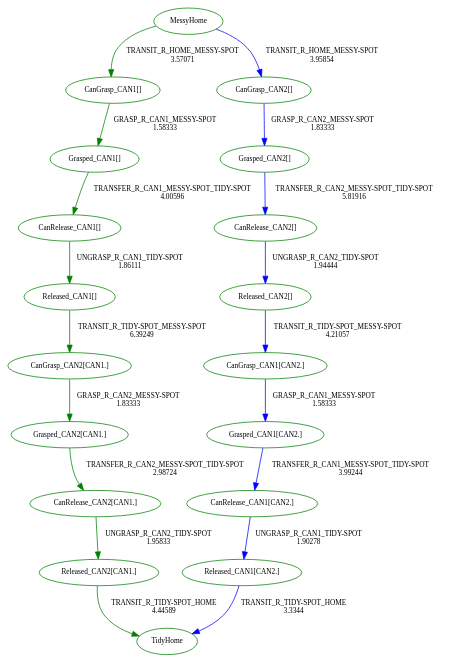
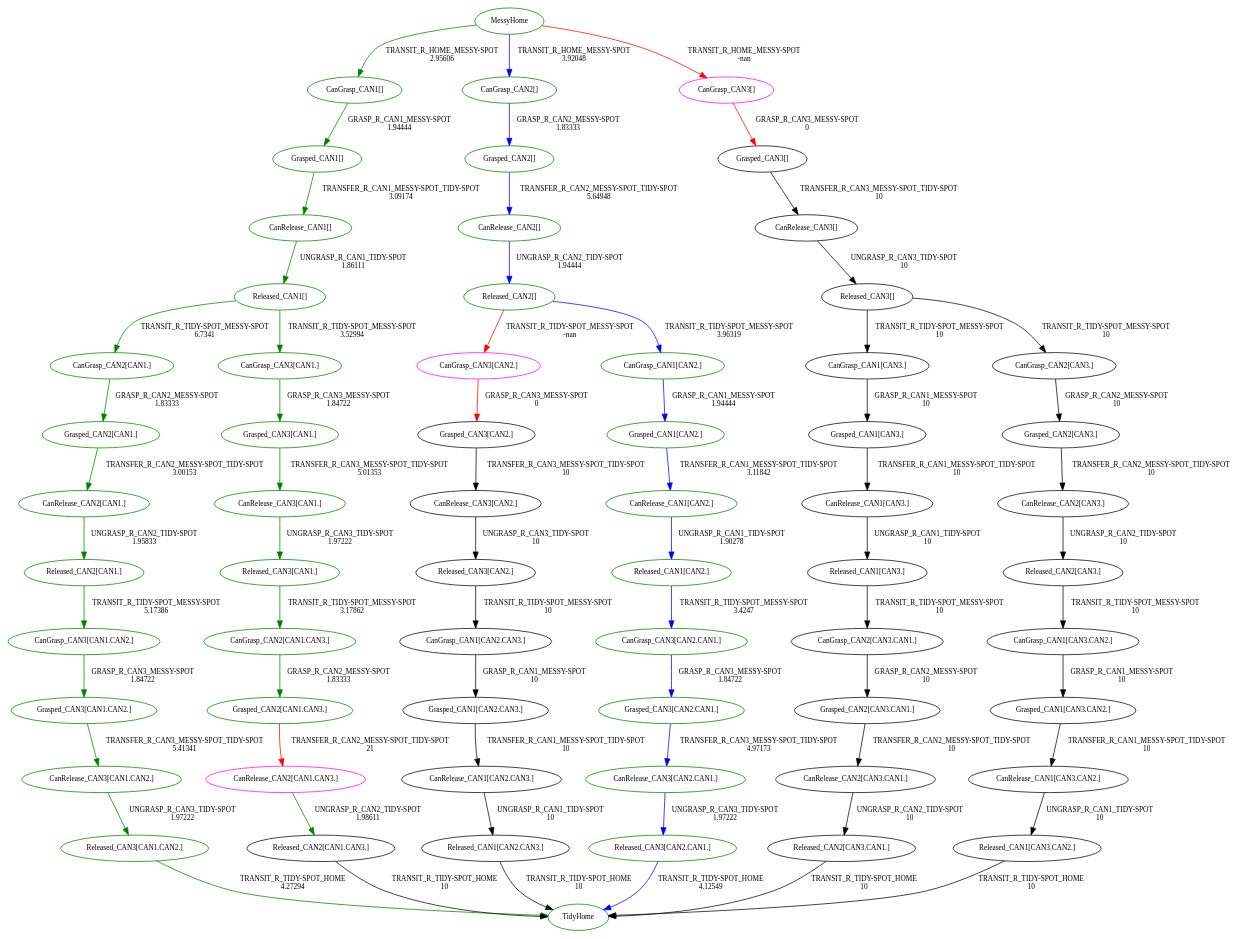
Before and after one commit to tttor/hiroken-ros-pkg: the diagram in planner_manager/tmg/tmg.dot, drawn with Graphviz. The commit also changed 9 other files, not shown here.

```diff
--- a/planner_manager/tmg/tmg.dot
+++ b/planner_manager/tmg/tmg.dot
@@ -1,38 +1,130 @@
 digraph G {
 0[label="MessyHome",fontsize="10",color="green"];
 1[label="TidyHome",fontsize="10",color="green"];
 2[label="CanGrasp_CAN1[]",fontsize="10",color="green"];
 3[label="Grasped_CAN1[]",fontsize="10",color="green"];
 4[label="CanRelease_CAN1[]",fontsize="10",color="green"];
 5[label="Released_CAN1[]",fontsize="10",color="green"];
 6[label="CanGrasp_CAN2[CAN1.]",fontsize="10",color="green"];
 7[label="Grasped_CAN2[CAN1.]",fontsize="10",color="green"];
 8[label="CanRelease_CAN2[CAN1.]",fontsize="10",color="green"];
 9[label="Released_CAN2[CAN1.]",fontsize="10",color="green"];
-10[label="CanGrasp_CAN2[]",fontsize="10",color="green"];
-11[label="Grasped_CAN2[]",fontsize="10",color="green"];
-12[label="CanRelease_CAN2[]",fontsize="10",color="green"];
-13[label="Released_CAN2[]",fontsize="10",color="green"];
-14[label="CanGrasp_CAN1[CAN2.]",fontsize="10",color="green"];
-15[label="Grasped_CAN1[CAN2.]",fontsize="10",color="green"];
-16[label="CanRelease_CAN1[CAN2.]",fontsize="10",color="green"];
-17[label="Released_CAN1[CAN2.]",fontsize="10",color="green"];
-0->2 [label="TRANSIT_R_HOME_MESSY-SPOT\n3.57071",fontsize="10",color="green"];
-2->3 [label="GRASP_R_CAN1_MESSY-SPOT\n1.58333",fontsize="10",color="green"];
-3->4 [label="TRANSFER_R_CAN1_MESSY-SPOT_TIDY-SPOT\n4.00596",fontsize="10",color="green"];
+10[label="CanGrasp_CAN3[CAN1.CAN2.]",fontsize="10",color="green"];
+11[label="Grasped_CAN3[CAN1.CAN2.]",fontsize="10",color="green"];
+12[label="CanRelease_CAN3[CAN1.CAN2.]",fontsize="10",color="green"];
+13[label="Released_CAN3[CAN1.CAN2.]",fontsize="10",color="green"];
+14[label="CanGrasp_CAN3[CAN1.]",fontsize="10",color="green"];
+15[label="Grasped_CAN3[CAN1.]",fontsize="10",color="green"];
+16[label="CanRelease_CAN3[CAN1.]",fontsize="10",color="green"];
+17[label="Released_CAN3[CAN1.]",fontsize="10",color="green"];
+18[label="CanGrasp_CAN2[CAN1.CAN3.]",fontsize="10",color="green"];
+19[label="Grasped_CAN2[CAN1.CAN3.]",fontsize="10",color="green"];
+20[label="CanRelease_CAN2[CAN1.CAN3.]",fontsize="10",color="magenta"];
+21[label="Released_CAN2[CAN1.CAN3.]",fontsize="10"];
+22[label="CanGrasp_CAN2[]",fontsize="10",color="green"];
+23[label="Grasped_CAN2[]",fontsize="10",color="green"];
+24[label="CanRelease_CAN2[]",fontsize="10",color="green"];
+25[label="Released_CAN2[]",fontsize="10",color="green"];
+26[label="CanGrasp_CAN3[CAN2.]",fontsize="10",color="magenta"];
+27[label="Grasped_CAN3[CAN2.]",fontsize="10"];
+28[label="CanRelease_CAN3[CAN2.]",fontsize="10"];
+29[label="Released_CAN3[CAN2.]",fontsize="10"];
+30[label="CanGrasp_CAN1[CAN2.CAN3.]",fontsize="10"];
+31[label="Grasped_CAN1[CAN2.CAN3.]",fontsize="10"];
+32[label="CanRelease_CAN1[CAN2.CAN3.]",fontsize="10"];
+33[label="Released_CAN1[CAN2.CAN3.]",fontsize="10"];
+34[label="CanGrasp_CAN1[CAN2.]",fontsize="10",color="green"];
+35[label="Grasped_CAN1[CAN2.]",fontsize="10",color="green"];
+36[label="CanRelease_CAN1[CAN2.]",fontsize="10",color="green"];
+37[label="Released_CAN1[CAN2.]",fontsize="10",color="green"];
+38[label="CanGrasp_CAN3[CAN2.CAN1.]",fontsize="10",color="green"];
+39[label="Grasped_CAN3[CAN2.CAN1.]",fontsize="10",color="green"];
+40[label="CanRelease_CAN3[CAN2.CAN1.]",fontsize="10",color="green"];
+41[label="Released_CAN3[CAN2.CAN1.]",fontsize="10",color="green"];
+42[label="CanGrasp_CAN3[]",fontsize="10",color="magenta"];
+43[label="Grasped_CAN3[]",fontsize="10"];
+44[label="CanRelease_CAN3[]",fontsize="10"];
+45[label="Released_CAN3[]",fontsize="10"];
+46[label="CanGrasp_CAN1[CAN3.]",fontsize="10"];
+47[label="Grasped_CAN1[CAN3.]",fontsize="10"];
+48[label="CanRelease_CAN1[CAN3.]",fontsize="10"];
+49[label="Released_CAN1[CAN3.]",fontsize="10"];
+50[label="CanGrasp_CAN2[CAN3.CAN1.]",fontsize="10"];
+51[label="Grasped_CAN2[CAN3.CAN1.]",fontsize="10"];
+52[label="CanRelease_CAN2[CAN3.CAN1.]",fontsize="10"];
+53[label="Released_CAN2[CAN3.CAN1.]",fontsize="10"];
+54[label="CanGrasp_CAN2[CAN3.]",fontsize="10"];
+55[label="Grasped_CAN2[CAN3.]",fontsize="10"];
+56[label="CanRelease_CAN2[CAN3.]",fontsize="10"];
+57[label="Released_CAN2[CAN3.]",fontsize="10"];
+58[label="CanGrasp_CAN1[CAN3.CAN2.]",fontsize="10"];
+59[label="Grasped_CAN1[CAN3.CAN2.]",fontsize="10"];
+60[label="CanRelease_CAN1[CAN3.CAN2.]",fontsize="10"];
+61[label="Released_CAN1[CAN3.CAN2.]",fontsize="10"];
+0->2 [label="TRANSIT_R_HOME_MESSY-SPOT\n2.95606",fontsize="10",color="green"];
+2->3 [label="GRASP_R_CAN1_MESSY-SPOT\n1.94444",fontsize="10",color="green"];
+3->4 [label="TRANSFER_R_CAN1_MESSY-SPOT_TIDY-SPOT\n3.09174",fontsize="10",color="green"];
 4->5 [label="UNGRASP_R_CAN1_TIDY-SPOT\n1.86111",fontsize="10",color="green"];
-5->6 [label="TRANSIT_R_TIDY-SPOT_MESSY-SPOT\n6.39249",fontsize="10",color="green"];
+5->6 [label="TRANSIT_R_TIDY-SPOT_MESSY-SPOT\n6.7341",fontsize="10",color="green"];
 6->7 [label="GRASP_R_CAN2_MESSY-SPOT\n1.83333",fontsize="10",color="green"];
-7->8 [label="TRANSFER_R_CAN2_MESSY-SPOT_TIDY-SPOT\n2.98724",fontsize="10",color="green"];
+7->8 [label="TRANSFER_R_CAN2_MESSY-SPOT_TIDY-SPOT\n3.00153",fontsize="10",color="green"];
 8->9 [label="UNGRASP_R_CAN2_TIDY-SPOT\n1.95833",fontsize="10",color="green"];
-9->1 [label="TRANSIT_R_TIDY-SPOT_HOME\n4.44589",fontsize="10",color="green"];
-0->10 [label="TRANSIT_R_HOME_MESSY-SPOT\n3.95854",fontsize="10",color="blue"];
-10->11 [label="GRASP_R_CAN2_MESSY-SPOT\n1.83333",fontsize="10",color="blue"];
-11->12 [label="TRANSFER_R_CAN2_MESSY-SPOT_TIDY-SPOT\n5.81916",fontsize="10",color="blue"];
-12->13 [label="UNGRASP_R_CAN2_TIDY-SPOT\n1.94444",fontsize="10",color="blue"];
-13->14 [label="TRANSIT_R_TIDY-SPOT_MESSY-SPOT\n4.21057",fontsize="10",color="blue"];
-14->15 [label="GRASP_R_CAN1_MESSY-SPOT\n1.58333",fontsize="10",color="blue"];
-15->16 [label="TRANSFER_R_CAN1_MESSY-SPOT_TIDY-SPOT\n3.99244",fontsize="10",color="blue"];
-16->17 [label="UNGRASP_R_CAN1_TIDY-SPOT\n1.90278",fontsize="10",color="blue"];
-17->1 [label="TRANSIT_R_TIDY-SPOT_HOME\n3.3344",fontsize="10",color="blue"];
+9->10 [label="TRANSIT_R_TIDY-SPOT_MESSY-SPOT\n5.17386",fontsize="10",color="green"];
+10->11 [label="GRASP_R_CAN3_MESSY-SPOT\n1.84722",fontsize="10",color="green"];
+11->12 [label="TRANSFER_R_CAN3_MESSY-SPOT_TIDY-SPOT\n5.41341",fontsize="10",color="green"];
+12->13 [label="UNGRASP_R_CAN3_TIDY-SPOT\n1.97222",fontsize="10",color="green"];
+13->1 [label="TRANSIT_R_TIDY-SPOT_HOME\n4.27294",fontsize="10",color="green"];
+5->14 [label="TRANSIT_R_TIDY-SPOT_MESSY-SPOT\n3.52994",fontsize="10",color="green"];
+14->15 [label="GRASP_R_CAN3_MESSY-SPOT\n1.84722",fontsize="10",color="green"];
+15->16 [label="TRANSFER_R_CAN3_MESSY-SPOT_TIDY-SPOT\n5.01353",fontsize="10",color="green"];
+16->17 [label="UNGRASP_R_CAN3_TIDY-SPOT\n1.97222",fontsize="10",color="green"];
+17->18 [label="TRANSIT_R_TIDY-SPOT_MESSY-SPOT\n3.17862",fontsize="10",color="green"];
+18->19 [label="GRASP_R_CAN2_MESSY-SPOT\n1.83333",fontsize="10",color="green"];
+19->20 [label="TRANSFER_R_CAN2_MESSY-SPOT_TIDY-SPOT\n21",fontsize="10",color="red"];
+20->21 [label="UNGRASP_R_CAN2_TIDY-SPOT\n1.98611",fontsize="10",color="green"];
+21->1 [label="TRANSIT_R_TIDY-SPOT_HOME\n10",fontsize="10"];
+0->22 [label="TRANSIT_R_HOME_MESSY-SPOT\n3.92048",fontsize="10",color="blue"];
+22->23 [label="GRASP_R_CAN2_MESSY-SPOT\n1.83333",fontsize="10",color="blue"];
+23->24 [label="TRANSFER_R_CAN2_MESSY-SPOT_TIDY-SPOT\n5.64948",fontsize="10",color="blue"];
+24->25 [label="UNGRASP_R_CAN2_TIDY-SPOT\n1.94444",fontsize="10",color="blue"];
+25->26 [label="TRANSIT_R_TIDY-SPOT_MESSY-SPOT\n-nan",fontsize="10",color="red"];
+26->27 [label="GRASP_R_CAN3_MESSY-SPOT\n0",fontsize="10",color="red"];
+27->28 [label="TRANSFER_R_CAN3_MESSY-SPOT_TIDY-SPOT\n10",fontsize="10"];
+28->29 [label="UNGRASP_R_CAN3_TIDY-SPOT\n10",fontsize="10"];
+29->30 [label="TRANSIT_R_TIDY-SPOT_MESSY-SPOT\n10",fontsize="10"];
+30->31 [label="GRASP_R_CAN1_MESSY-SPOT\n10",fontsize="10"];
+31->32 [label="TRANSFER_R_CAN1_MESSY-SPOT_TIDY-SPOT\n10",fontsize="10"];
+32->33 [label="UNGRASP_R_CAN1_TIDY-SPOT\n10",fontsize="10"];
+33->1 [label="TRANSIT_R_TIDY-SPOT_HOME\n10",fontsize="10"];
+25->34 [label="TRANSIT_R_TIDY-SPOT_MESSY-SPOT\n3.96319",fontsize="10",color="blue"];
+34->35 [label="GRASP_R_CAN1_MESSY-SPOT\n1.94444",fontsize="10",color="blue"];
+35->36 [label="TRANSFER_R_CAN1_MESSY-SPOT_TIDY-SPOT\n3.11842",fontsize="10",color="blue"];
+36->37 [label="UNGRASP_R_CAN1_TIDY-SPOT\n1.90278",fontsize="10",color="blue"];
+37->38 [label="TRANSIT_R_TIDY-SPOT_MESSY-SPOT\n3.4247",fontsize="10",color="blue"];
+38->39 [label="GRASP_R_CAN3_MESSY-SPOT\n1.84722",fontsize="10",color="blue"];
+39->40 [label="TRANSFER_R_CAN3_MESSY-SPOT_TIDY-SPOT\n4.97173",fontsize="10",color="blue"];
+40->41 [label="UNGRASP_R_CAN3_TIDY-SPOT\n1.97222",fontsize="10",color="blue"];
+41->1 [label="TRANSIT_R_TIDY-SPOT_HOME\n4.12549",fontsize="10",color="blue"];
+0->42 [label="TRANSIT_R_HOME_MESSY-SPOT\n-nan",fontsize="10",color="red"];
+42->43 [label="GRASP_R_CAN3_MESSY-SPOT\n0",fontsize="10",color="red"];
+43->44 [label="TRANSFER_R_CAN3_MESSY-SPOT_TIDY-SPOT\n10",fontsize="10"];
+44->45 [label="UNGRASP_R_CAN3_TIDY-SPOT\n10",fontsize="10"];
+45->46 [label="TRANSIT_R_TIDY-SPOT_MESSY-SPOT\n10",fontsize="10"];
+46->47 [label="GRASP_R_CAN1_MESSY-SPOT\n10",fontsize="10"];
+47->48 [label="TRANSFER_R_CAN1_MESSY-SPOT_TIDY-SPOT\n10",fontsize="10"];
+48->49 [label="UNGRASP_R_CAN1_TIDY-SPOT\n10",fontsize="10"];
+49->50 [label="TRANSIT_R_TIDY-SPOT_MESSY-SPOT\n10",fontsize="10"];
+50->51 [label="GRASP_R_CAN2_MESSY-SPOT\n10",fontsize="10"];
+51->52 [label="TRANSFER_R_CAN2_MESSY-SPOT_TIDY-SPOT\n10",fontsize="10"];
+52->53 [label="UNGRASP_R_CAN2_TIDY-SPOT\n10",fontsize="10"];
+53->1 [label="TRANSIT_R_TIDY-SPOT_HOME\n10",fontsize="10"];
+45->54 [label="TRANSIT_R_TIDY-SPOT_MESSY-SPOT\n10",fontsize="10"];
+54->55 [label="GRASP_R_CAN2_MESSY-SPOT\n10",fontsize="10"];
+55->56 [label="TRANSFER_R_CAN2_MESSY-SPOT_TIDY-SPOT\n10",fontsize="10"];
+56->57 [label="UNGRASP_R_CAN2_TIDY-SPOT\n10",fontsize="10"];
+57->58 [label="TRANSIT_R_TIDY-SPOT_MESSY-SPOT\n10",fontsize="10"];
+58->59 [label="GRASP_R_CAN1_MESSY-SPOT\n10",fontsize="10"];
+59->60 [label="TRANSFER_R_CAN1_MESSY-SPOT_TIDY-SPOT\n10",fontsize="10"];
+60->61 [label="UNGRASP_R_CAN1_TIDY-SPOT\n10",fontsize="10"];
+61->1 [label="TRANSIT_R_TIDY-SPOT_HOME\n10",fontsize="10"];
 }
```
